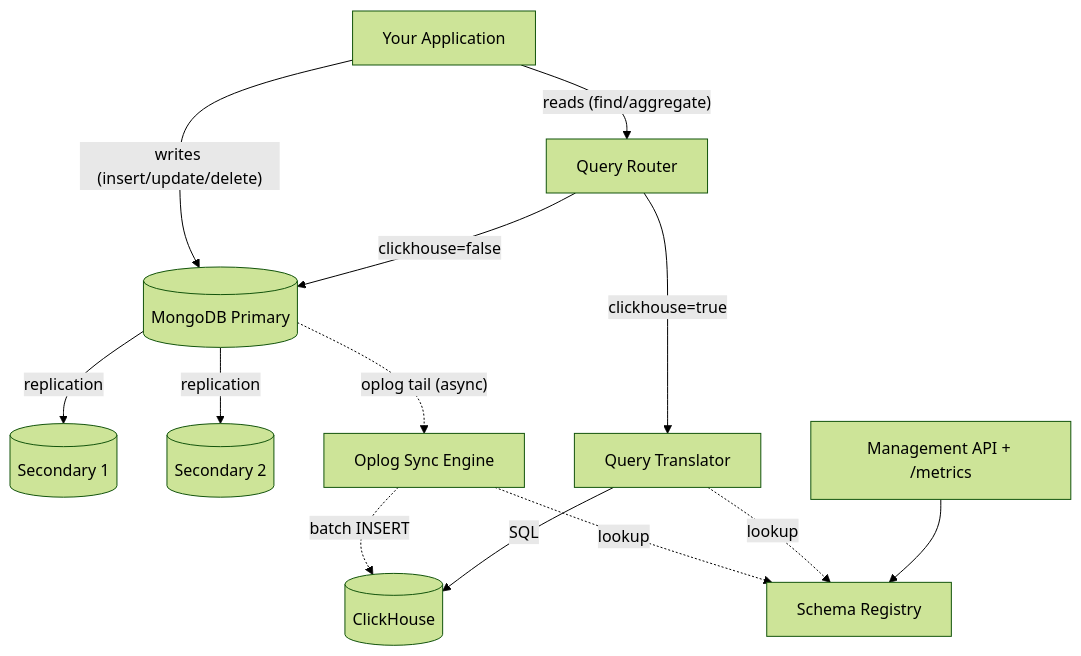
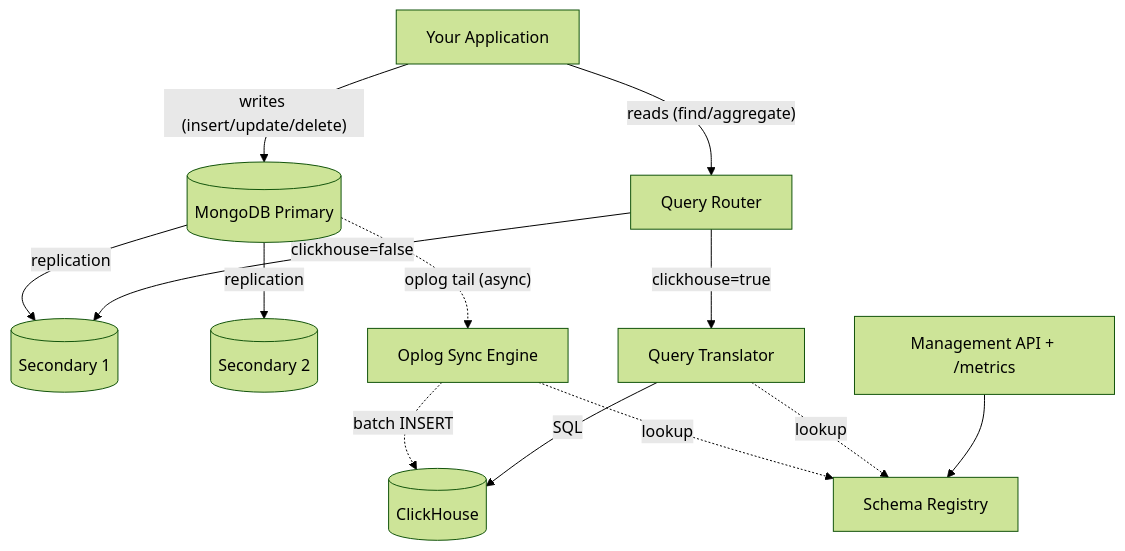
Before and after one commit to mrityunjaysharma/mongo-flux: the first of 8 diagrams in docs/design.md, drawn with Mermaid (forest theme). The commit also changed other lines of this file and 2 other files, not shown here.

````diff
--- a/docs/design.md
+++ b/docs/design.md
@@ -30,18 +30,18 @@
 ```mermaid
 flowchart TD
     APP[Your Application]
     APP -->|"writes (insert/update/delete)"| MGP[(MongoDB Primary)]
     MGP -->|replication| MGS1[(Secondary 1)]
     MGP -->|replication| MGS2[(Secondary 2)]
     MGP -.->|"oplog tail (async)"| SYNC[Oplog Sync Engine]
     SYNC -.->|"batch INSERT"| CH[(ClickHouse)]
 
     APP -->|"reads (find/aggregate)"| ROUTER[Query Router]
     ROUTER -->|"clickhouse=true"| XLAT[Query Translator]
     XLAT -->|SQL| CH
-    ROUTER -->|"clickhouse=false"| MGP
+    ROUTER -->|"clickhouse=false"| MGS1
 
     SYNC -.->|lookup| REG[Schema Registry]
     XLAT -.->|lookup| REG
     API[Management API + /metrics] --> REG
 ```
````
